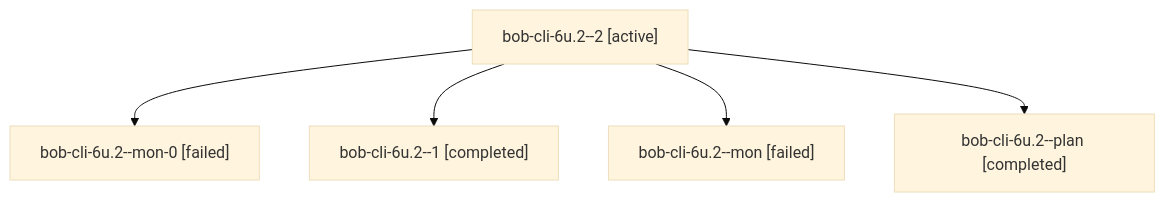
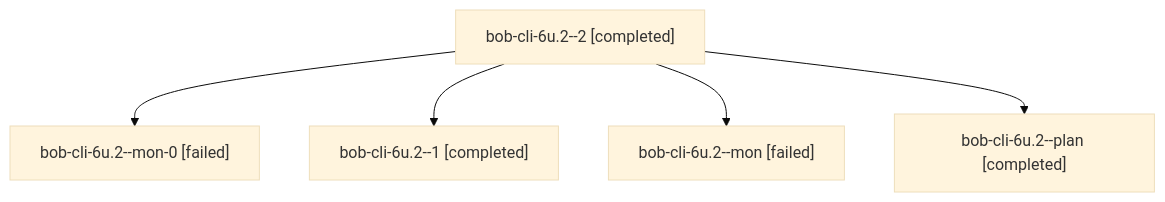
The diagram in sessions/bbugyi200.apollo.bob-cli-6u.2.md (bobs-org/bob-cli--agents), drawn with Mermaid (base theme) before and after one commit. The commit also changed other lines of this file and 47 other files, not shown here.

````diff
--- a/sessions/bbugyi200.apollo.bob-cli-6u.2.md
+++ b/sessions/bbugyi200.apollo.bob-cli-6u.2.md
@@ -9,12 +9,12 @@
 ```mermaid
 flowchart TD
-  n0["bob-cli-6u.2--2 [active]"]
+  n0["bob-cli-6u.2--2 [completed]"]
   n1["bob-cli-6u.2--mon-0 [failed]"]
   n0 --> n1
   n2["bob-cli-6u.2--1 [completed]"]
   n0 --> n2
   n3["bob-cli-6u.2--mon [failed]"]
   n0 --> n3
   n4["bob-cli-6u.2--plan [completed]"]
   n0 --> n4
 ```
````
